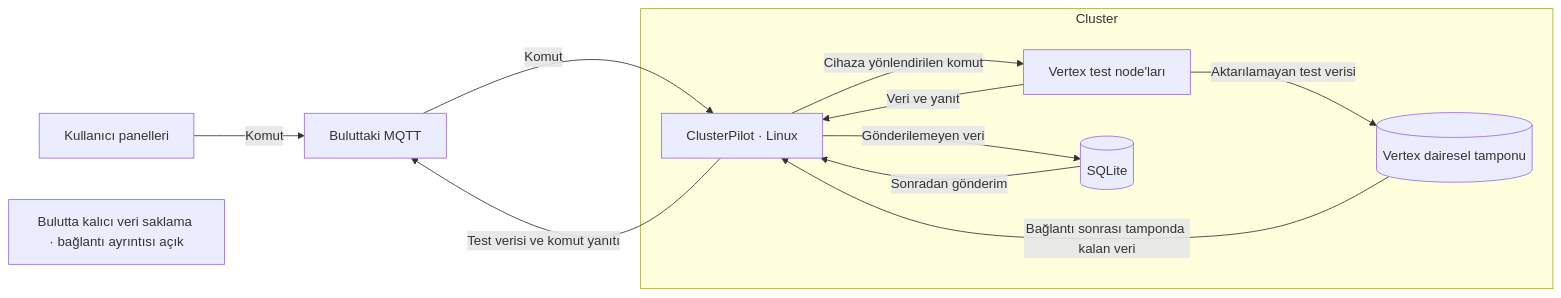
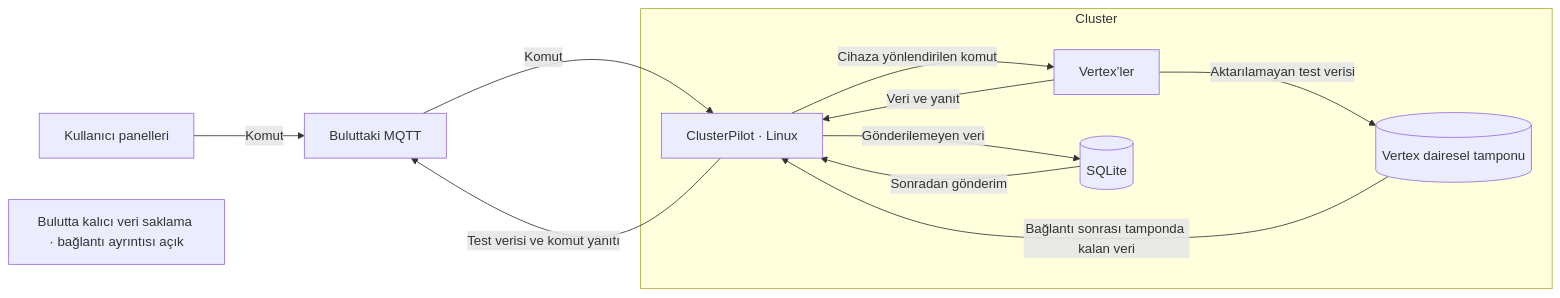
One commit to mkadayifci/tronloop-defteri-kebir changed the diagram in docs/03-software/architecture-notes.md. Above: the diagram before and after it, drawn with Mermaid. The commit also changed other lines of this file and 21 other files, not shown here.

````diff
--- a/docs/03-software/architecture-notes.md
+++ b/docs/03-software/architecture-notes.md
@@ -28,15 +28,15 @@
 ```mermaid
 flowchart LR
     PANEL["Kullanıcı panelleri"] -->|Komut| MQTT["Buluttaki MQTT"]
     MQTT -->|Komut| CP["ClusterPilot · Linux"]
     subgraph CLUSTER["Cluster"]
-        CP -->|Cihaza yönlendirilen komut| V["Vertex test node'ları"]
+        CP -->|Cihaza yönlendirilen komut| V["Vertex’ler"]
         V -->|Veri ve yanıt| CP
         V -->|Aktarılamayan test verisi| VB[(Vertex dairesel tamponu)]
         VB -->|Bağlantı sonrası tamponda kalan veri| CP
         CP -->|Gönderilemeyen veri| SQL[(SQLite)]
         SQL -->|Sonradan gönderim| CP
     end
     CP -->|Test verisi ve komut yanıtı| MQTT
     STORE["Bulutta kalıcı veri saklama · bağlantı ayrıntısı açık"]
 ```
````
